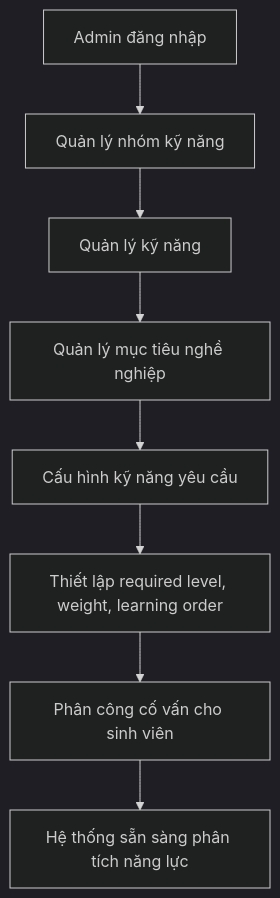
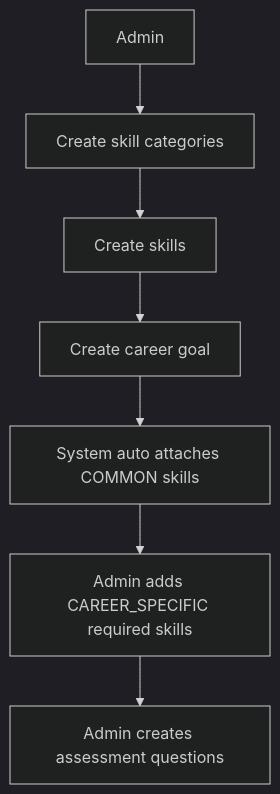
Before and after one commit to haiduong312/student-system: the third of 7 diagrams in docs/system-analysis-and-design.md, drawn with Mermaid (dark theme). The commit also changed other lines of this file and 14 other files, not shown here.

````diff
--- a/docs/system-analysis-and-design.md
+++ b/docs/system-analysis-and-design.md
@@ -452,10 +219,9 @@
 ```mermaid
 flowchart TD
-    A["Admin đăng nhập"] --> B["Quản lý nhóm kỹ năng"]
-    B --> C["Quản lý kỹ năng"]
-    C --> D["Quản lý mục tiêu nghề nghiệp"]
-    D --> E["Cấu hình kỹ năng yêu cầu"]
-    E --> F["Thiết lập required level, weight, learning order"]
-    F --> G["Phân công cố vấn cho sinh viên"]
-    G --> H["Hệ thống sẵn sàng phân tích năng lực"]
+    A["Admin"] --> B["Create skill categories"]
+    B --> C["Create skills"]
+    C --> D["Create career goal"]
+    D --> E["System auto attaches COMMON skills"]
+    E --> F["Admin adds CAREER_SPECIFIC required skills"]
+    F --> G["Admin creates assessment questions"]
 ```
````
